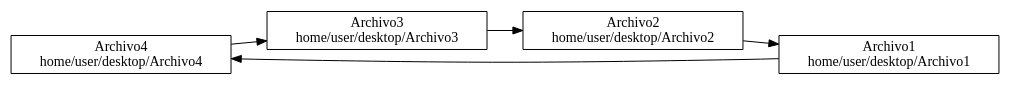
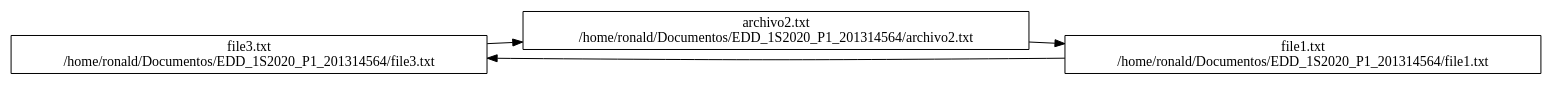
The diagram in listaArchivosRecientes.dot (RonaldOrdonez/EDD_1S2020_P1_201314564), drawn with Graphviz before and after one commit. The commit also changed 24 other files, not shown here.

```diff
--- a/listaArchivosRecientes.dot
+++ b/listaArchivosRecientes.dot
@@ -1,12 +1,10 @@
 digraph archivosRecientes{ 
 rankdir=LR; 
 node[shape=record]; 
-node0[label="Archivo4\nhome/user/desktop/Archivo4"]; 
+node0[label="file3.txt\n/home/ronald/Documentos/EDD_1S2020_P1_201314564/file3.txt"]; 
 node0->node1; 
-node1[label="Archivo3\nhome/user/desktop/Archivo3"]; 
+node1[label="archivo2.txt\n/home/ronald/Documentos/EDD_1S2020_P1_201314564/archivo2.txt"]; 
 node1->node2; 
-node2[label="Archivo2\nhome/user/desktop/Archivo2"]; 
-node2->node3; 
-node3[label="Archivo1\nhome/user/desktop/Archivo1"]; 
-node3->node0; 
+node2[label="file1.txt\n/home/ronald/Documentos/EDD_1S2020_P1_201314564/file1.txt"]; 
+node2->node0; 
 }
```
